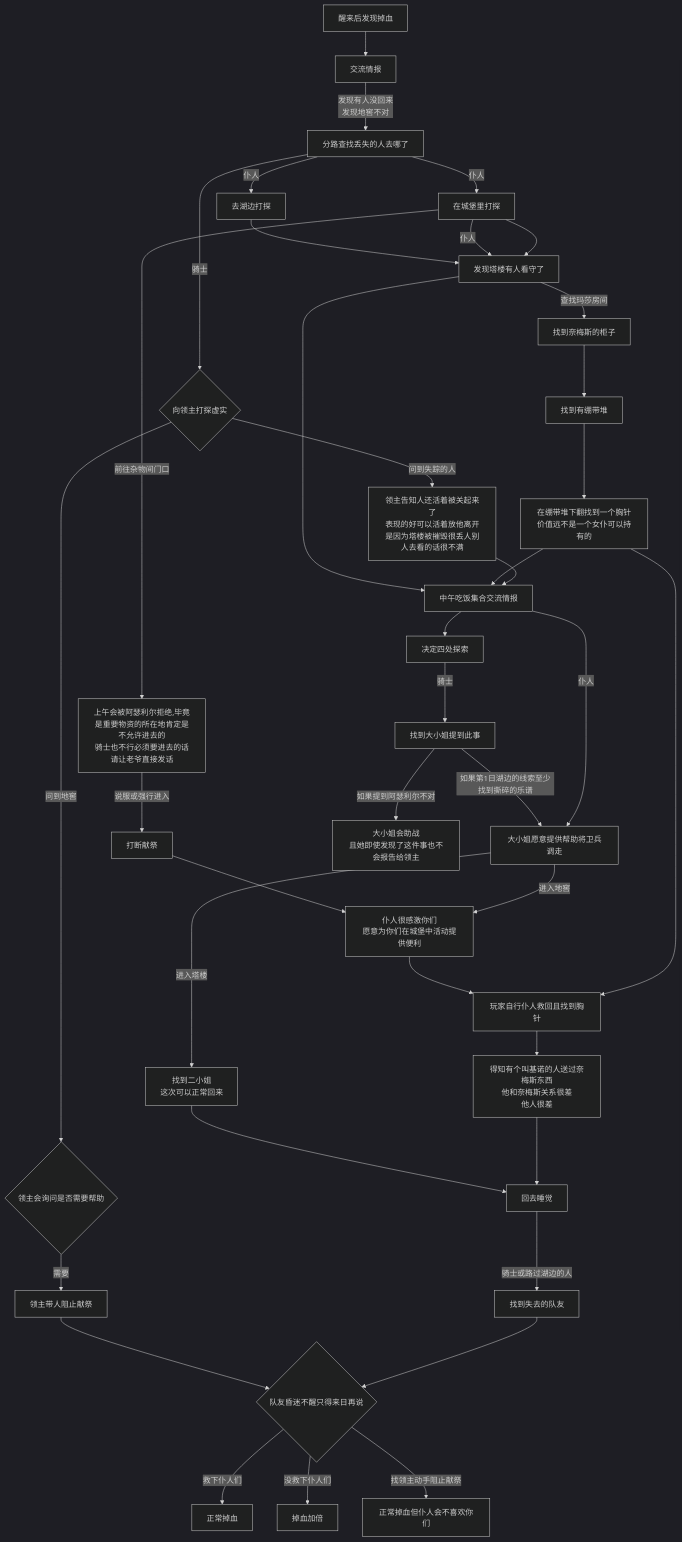
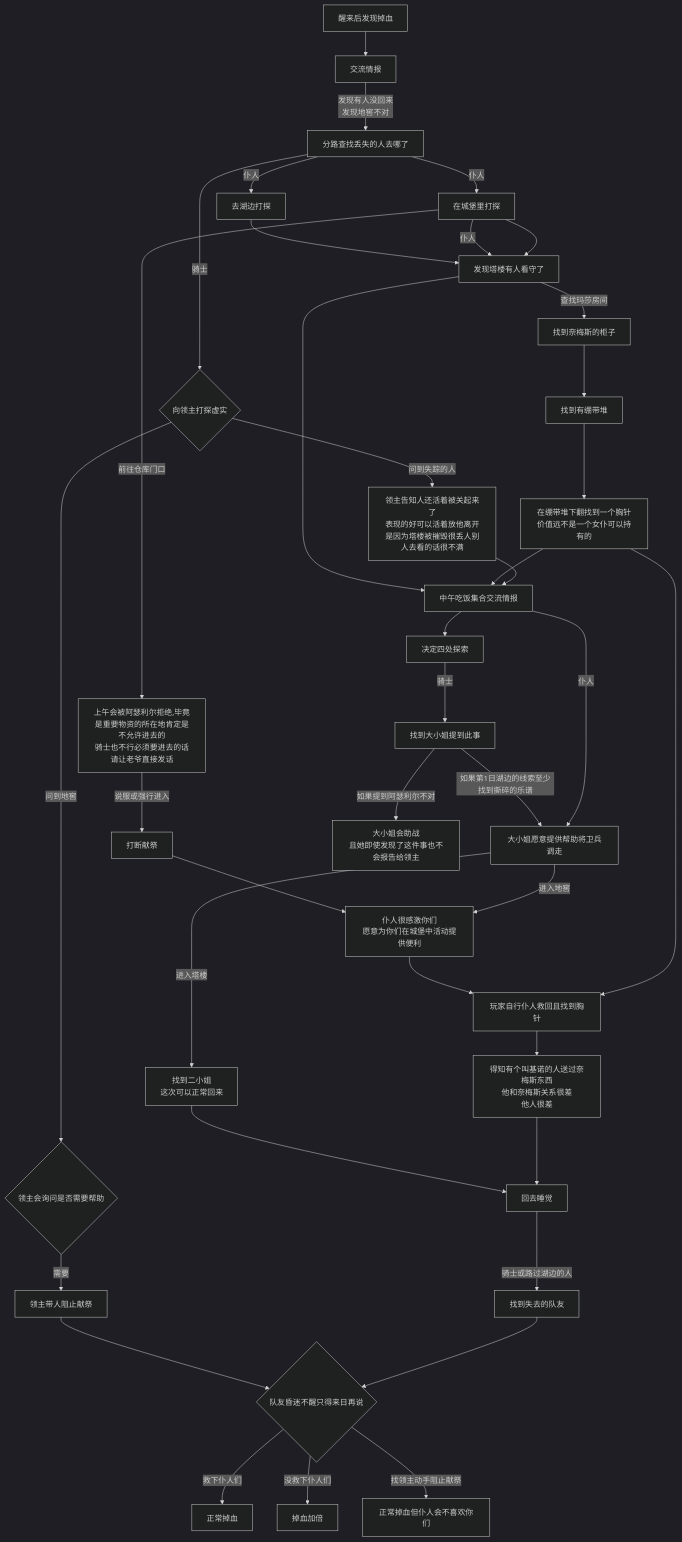
Before and after one commit to SitaNya/coc: the fifth of 7 diagrams in ullswater/ullswater.md, drawn with Mermaid (dark theme). The commit also changed other lines of this file and 1 other file, not shown here.

````diff
--- a/ullswater/ullswater.md
+++ b/ullswater/ullswater.md
@@ -2502,41 +2529,41 @@
 ```mermaid
 graph TB
     start[醒来后发现掉血]-->action1[交流情报]
     action1--发现有人没回来<br/>发现地窖不对-->action2[分路查找丢失的人去哪了]
     action2--骑士-->action3{向领主打探虚实}
     action3--问到失踪的人-->action4[领主告知人还活着被关起来了<br/>表现的好可以活着放他离开<br/>是因为塔楼被摧毁很丢人别人去看的话很不满]
     action3--问到地窖-->action30{领主会询问是否需要帮助}
     action30--需要-->action31[领主带人阻止献祭]
     action31-->action24
     action2--仆人-->action5[去湖边打探]
     action2--仆人-->action6[在城堡里打探]
-    action6--前往杂物间门口-->action12[上午会被阿瑟利尔拒绝,毕竟是重要物资的所在地肯定是不允许进去的<br/>骑士也不行必须要进去的话请让老爷直接发话]
+    action6--前往仓库门口-->action12[上午会被阿瑟利尔拒绝,毕竟是重要物资的所在地肯定是不允许进去的<br/>骑士也不行必须要进去的话请让老爷直接发话]
     action12--说服或强行进入-->action13[打断献祭]
     action13-->action14[仆人很感激你们<br/>愿意为你们在城堡中活动提供便利]
     action5-->action7[发现所有仆人都不见了]
     action6--仆人-->action7
     action7--查找玛莎房间-->action8[找到奈梅斯的柜子]
     action8-->action9[找到有绷带堆]
     action9-->action10[在绷带堆下翻找到一个胸针<br/>价值远不是一个女仆可以持有的]
     action6-->action7[发现塔楼有人看守了]
     action7-->action11[中午吃饭集合交流情报]
     action10-->action11
     action4-->action11
     action11-->action15[决定四处探索]
     action15--骑士-->action16[找到大小姐提到此事]
     action16--如果第1日湖边的线索至少找到撕碎的乐谱-->action17[大小姐愿意提供帮助将卫兵调走]
     action16--如果提到阿瑟利尔不对-->action50[大小姐会助战</br>且她即使发现了这件事也不会报告给领主]
     action17--进入地窖-->action14
     action17--进入塔楼-->action18[找到二小姐<br/>这次可以正常回来]
     action11--仆人-->action17
     action14-->action20[玩家自行仆人救回且找到胸针]
     action10-->action20
     action20-->action21[得知有个叫基诺的人送过奈梅斯东西<br/>他和奈梅斯关系很差<br/>他人很差]
     action18-->action22[回去睡觉]
     action21-->action22
     action22--骑士或路过湖边的人-->action23[找到失去的队友]
     action23-->action24{队友昏迷不醒只得来日再说}
     action24--救下仆人们-->action25[正常掉血]
     action24--没救下仆人们-->action26[掉血加倍]
     action24--找领主动手阻止献祭-->action27[正常掉血但仆人会不喜欢你们]
 ```
````
